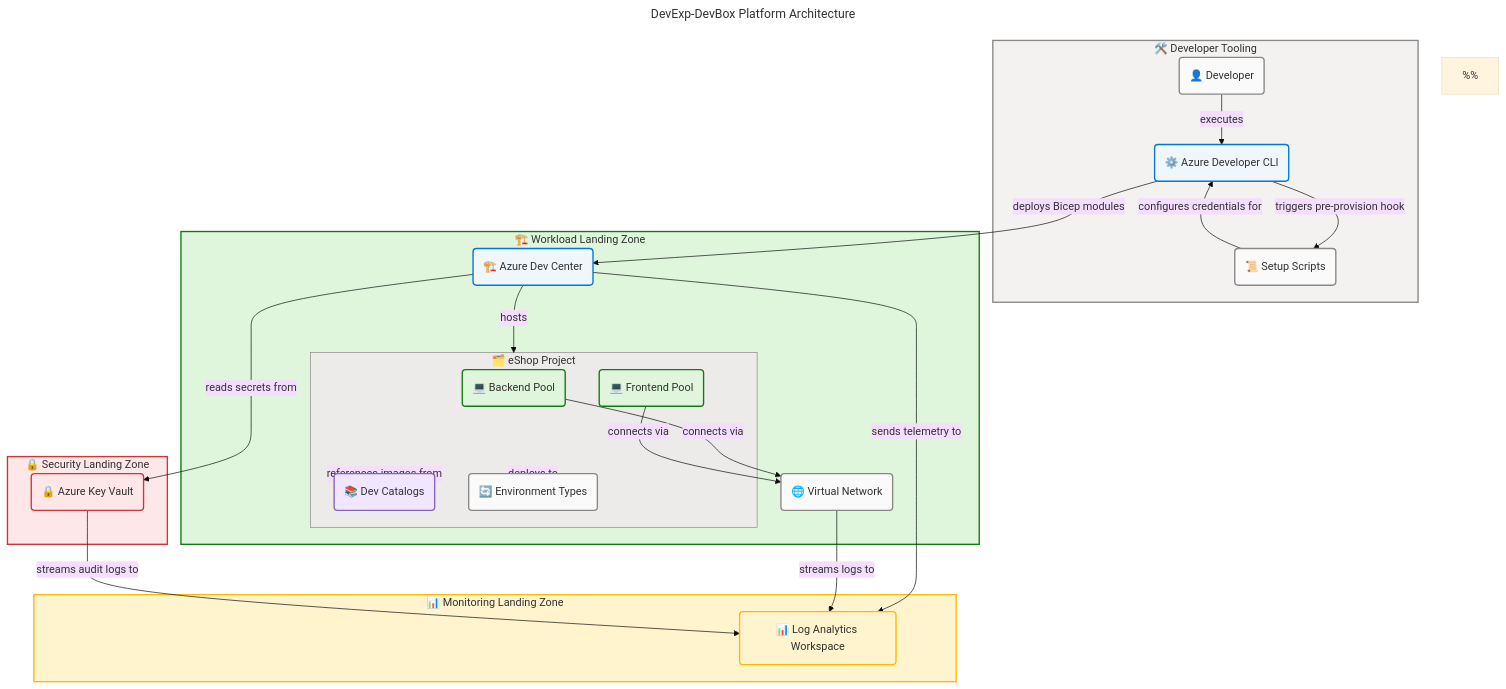
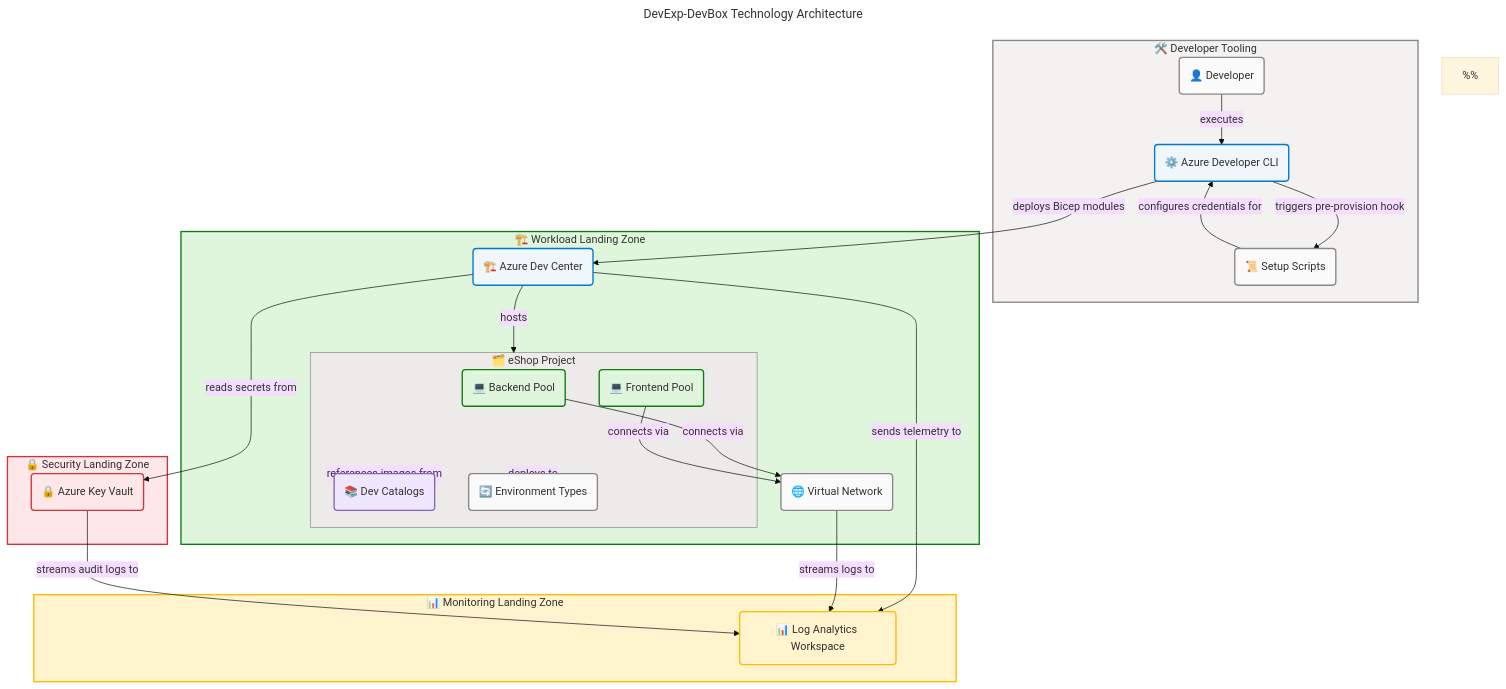
One commit to Evilazaro/DevExp-DevBox changed the diagram in README.md. Above: the diagram before and after it, drawn with Mermaid.

Commit message:
Update architecture diagram title and description for clarity and target audience

````diff
--- a/README.md
+++ b/README.md
@@ -482,80 +482,80 @@
 ```mermaid
 ---
-title: "DevExp-DevBox Platform Architecture"
+title: "DevExp-DevBox Technology Architecture"
 config:
   theme: base
   look: classic
   layout: dagre
   themeVariables:
     fontSize: '16px'
   flowchart:
     htmlLabels: true
 ---
 flowchart TB
-    accTitle: DevExp-DevBox Platform Architecture
-    accDescr: Shows the DevExp-DevBox platform spanning Developer Tooling, Workload, Security, and Monitoring Landing Zones with azd CLI orchestrating Bicep module deployments to Azure Dev Center, Key Vault, and Log Analytics Workspace. Developer=neutral, AzdCli=core, SetupScripts=neutral, DevCenter=core, VNet=neutral, BackendPool=success, FrontendPool=success, Catalogs=data, EnvTypes=neutral, KeyVault=danger, LogAnalytics=warning. devtools=neutral surface, workload=success zone, security=danger zone, monitoring=warning zone, eshopProject=Level2 neutral. WCAG AA compliant.
+    accTitle: DevExp-DevBox Technology Architecture
+    accDescr: TOGAF Technology Architecture View. Shows the DevExp-DevBox platform spanning Developer Tooling, Workload, Security, and Monitoring Azure Landing Zones with azd CLI orchestrating Bicep module deployments to Azure Dev Center, Key Vault, and Log Analytics Workspace. Target stakeholders: Platform Engineers, DevOps Teams, and Enterprise Architects. Provisioned via infra/main.bicep; configured via infra/settings/workload/devcenter.yaml. Developer=neutral, AzdCli=core, SetupScripts=neutral, DevCenter=core, VNet=neutral, BackendPool=success, FrontendPool=success, Catalogs=data, EnvTypes=neutral, KeyVault=danger, LogAnalytics=warning. devtools=neutral surface, workload=success zone, security=danger zone, monitoring=warning zone, eshopProject=Level2 neutral. WCAG AA compliant.
 
     %%
     %% AZURE / FLUENT ARCHITECTURE PATTERN v2.0
     %% (Semantic + Structural + Font + Accessibility Governance)
     %%
     %% PHASE 1 - FLUENT UI: All styling uses approved Fluent UI palette only
     %% PHASE 2 - GROUPS: Every subgraph has semantic color via style directive
     %% PHASE 3 - COMPONENTS: Every node has semantic classDef + icon prefix
     %% PHASE 4 - ACCESSIBILITY: accTitle/accDescr present, WCAG AA contrast
     %% PHASE 5 - STANDARD: Governance block present, classDefs centralized
     %%
 
     subgraph devtools ["🛠️ Developer Tooling"]
         Dev("👤 Developer"):::neutral
         AzdCli("⚙️ Azure Developer CLI"):::core
         SetupScripts("📜 Setup Scripts"):::neutral
     end
 
     subgraph workload ["🏗️ Workload Landing Zone"]
         DevCenter("🏗️ Azure Dev Center"):::core
         VNet("🌐 Virtual Network"):::neutral
 
         subgraph eshopProject ["🗂️ eShop Project"]
             BackendPool("💻 Backend Pool"):::success
             FrontendPool("💻 Frontend Pool"):::success
             Catalogs("📚 Dev Catalogs"):::data
             EnvTypes("🔄 Environment Types"):::neutral
         end
     end
 
     subgraph security ["🔒 Security Landing Zone"]
         KeyVault("🔒 Azure Key Vault"):::danger
     end
 
     subgraph monitoring ["📊 Monitoring Landing Zone"]
         LogAnalytics("📊 Log Analytics Workspace"):::warning
     end
 
     Dev -->|"executes"| AzdCli
     AzdCli -->|"triggers pre-provision hook"| SetupScripts
     AzdCli -->|"deploys Bicep modules"| DevCenter
     SetupScripts -->|"configures credentials for"| AzdCli
     DevCenter -->|"hosts"| eshopProject
     BackendPool -->|"connects via"| VNet
     FrontendPool -->|"connects via"| VNet
     eshopProject -->|"references images from"| Catalogs
     eshopProject -->|"deploys to"| EnvTypes
     DevCenter -->|"reads secrets from"| KeyVault
     DevCenter -->|"sends telemetry to"| LogAnalytics
     VNet -->|"streams logs to"| LogAnalytics
     KeyVault -->|"streams audit logs to"| LogAnalytics
 
     style devtools fill:#F3F2F1,stroke:#8A8886,stroke-width:2px,color:#323130
     style workload fill:#DFF6DD,stroke:#107C10,stroke-width:2px,color:#323130
     style eshopProject fill:#EDEBE9,stroke:#8A8886,stroke-width:1px,color:#323130
     style security fill:#FDE7E9,stroke:#D13438,stroke-width:2px,color:#323130
     style monitoring fill:#FFF4CE,stroke:#FFB900,stroke-width:2px,color:#323130
 
     classDef neutral fill:#FAFAFA,stroke:#8A8886,stroke-width:2px,color:#323130
     classDef core fill:#EFF6FC,stroke:#0078D4,stroke-width:2px,color:#323130
     classDef success fill:#DFF6DD,stroke:#107C10,stroke-width:2px,color:#323130
     classDef warning fill:#FFF4CE,stroke:#FFB900,stroke-width:2px,color:#323130
     classDef danger fill:#FDE7E9,stroke:#D13438,stroke-width:2px,color:#323130
     classDef data fill:#F0E6FF,stroke:#8764B8,stroke-width:2px,color:#323130
 ```
````
